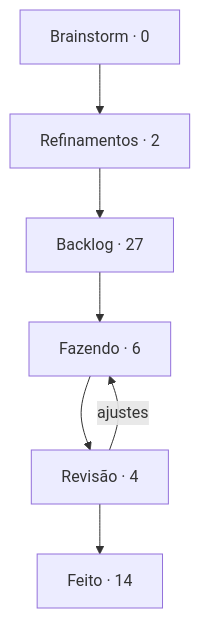
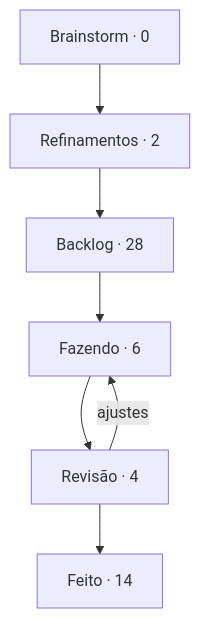
The diagram in boards/dungeon-bend/BOARD.md (StudioVibi/VibiKanban), drawn with Mermaid before and after one commit. The commit also changed other lines of this file and 2 other files, not shown here.

````diff
--- a/boards/dungeon-bend/BOARD.md
+++ b/boards/dungeon-bend/BOARD.md
@@ -5,12 +5,12 @@
 ```mermaid
 flowchart TD
   brainstorm["Brainstorm · 0"] --> refinamentos["Refinamentos · 2"]
-  refinamentos --> backlog["Backlog · 27"]
+  refinamentos --> backlog["Backlog · 28"]
   backlog --> doing["Fazendo · 6"]
   doing --> review["Revisão · 4"]
   review --> done["Feito · 14"]
   review -->|ajustes| doing
   doing:::blue
   review:::yellow
   done:::green
 ```
````
